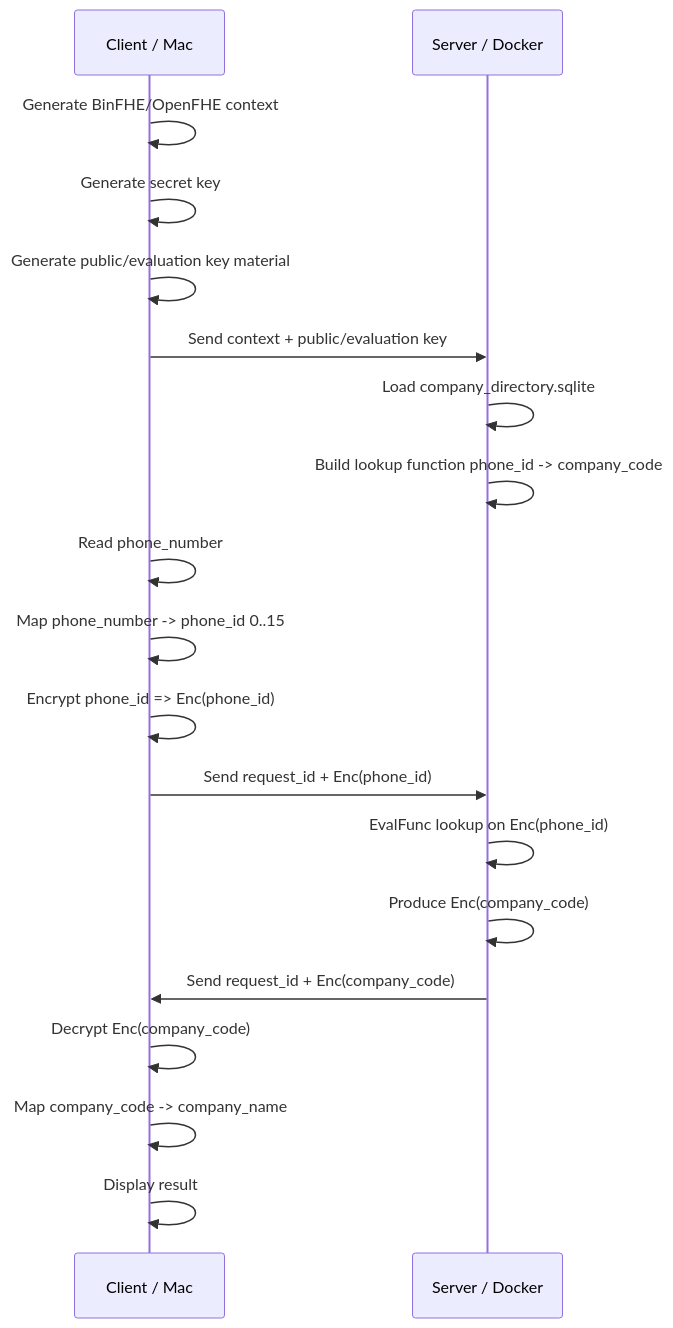
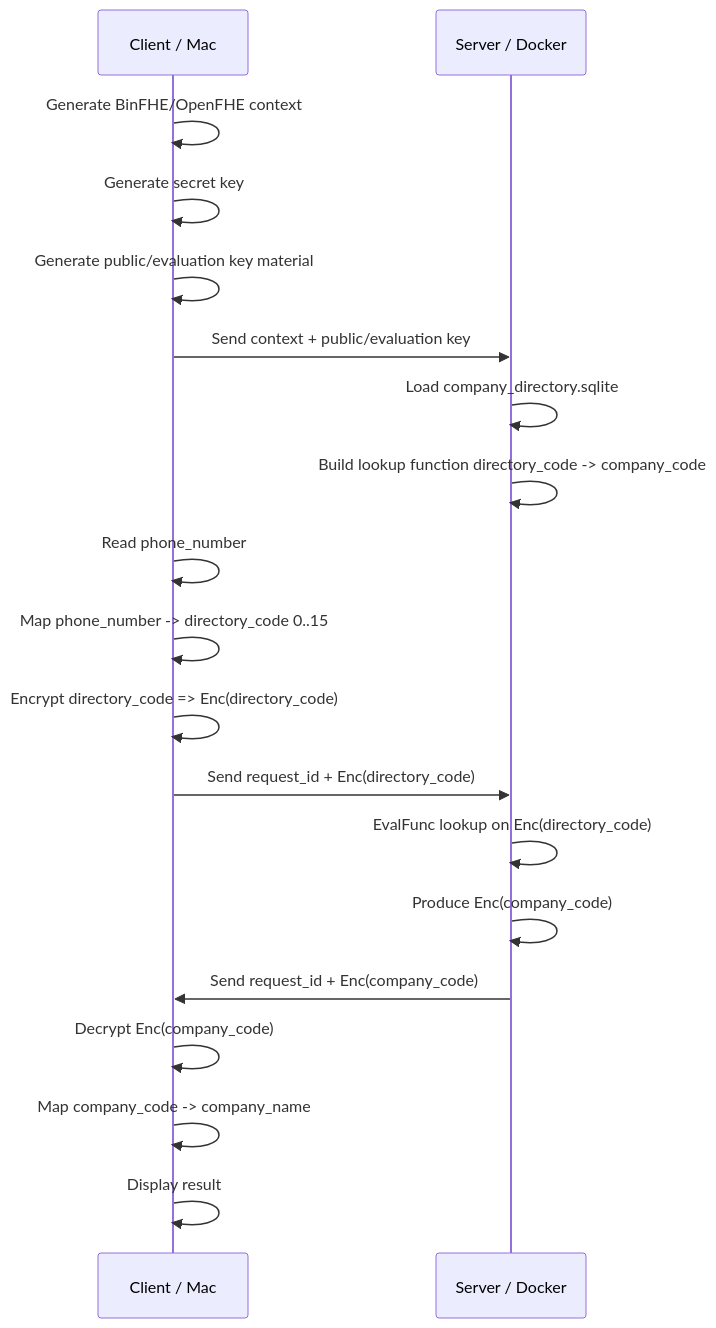
One commit to Nhatcao1/he_profiler changed the first of 2 diagrams in PRIVATE_COMPANY_LOOKUP_FLOW.md. Above: the diagram before and after it, drawn with Mermaid. The commit also changed other lines of this file and 8 other files, not shown here.

Commit message:
Implement file based BinFHE lookup flow

````diff
--- a/PRIVATE_COMPANY_LOOKUP_FLOW.md
+++ b/PRIVATE_COMPANY_LOOKUP_FLOW.md
@@ -53,26 +53,26 @@
 ```mermaid
 sequenceDiagram
     participant C as Client / Mac
     participant S as Server / Docker
 
     C->>C: Generate BinFHE/OpenFHE context
     C->>C: Generate secret key
     C->>C: Generate public/evaluation key material
     C->>S: Send context + public/evaluation key
 
     S->>S: Load company_directory.sqlite
-    S->>S: Build lookup function phone_id -> company_code
+    S->>S: Build lookup function directory_code -> company_code
 
     C->>C: Read phone_number
-    C->>C: Map phone_number -> phone_id 0..15
-    C->>C: Encrypt phone_id => Enc(phone_id)
-    C->>S: Send request_id + Enc(phone_id)
+    C->>C: Map phone_number -> directory_code 0..15
+    C->>C: Encrypt directory_code => Enc(directory_code)
+    C->>S: Send request_id + Enc(directory_code)
 
-    S->>S: EvalFunc lookup on Enc(phone_id)
+    S->>S: EvalFunc lookup on Enc(directory_code)
     S->>S: Produce Enc(company_code)
     S->>C: Send request_id + Enc(company_code)
 
     C->>C: Decrypt Enc(company_code)
     C->>C: Map company_code -> company_name
     C->>C: Display result
 ```
````
